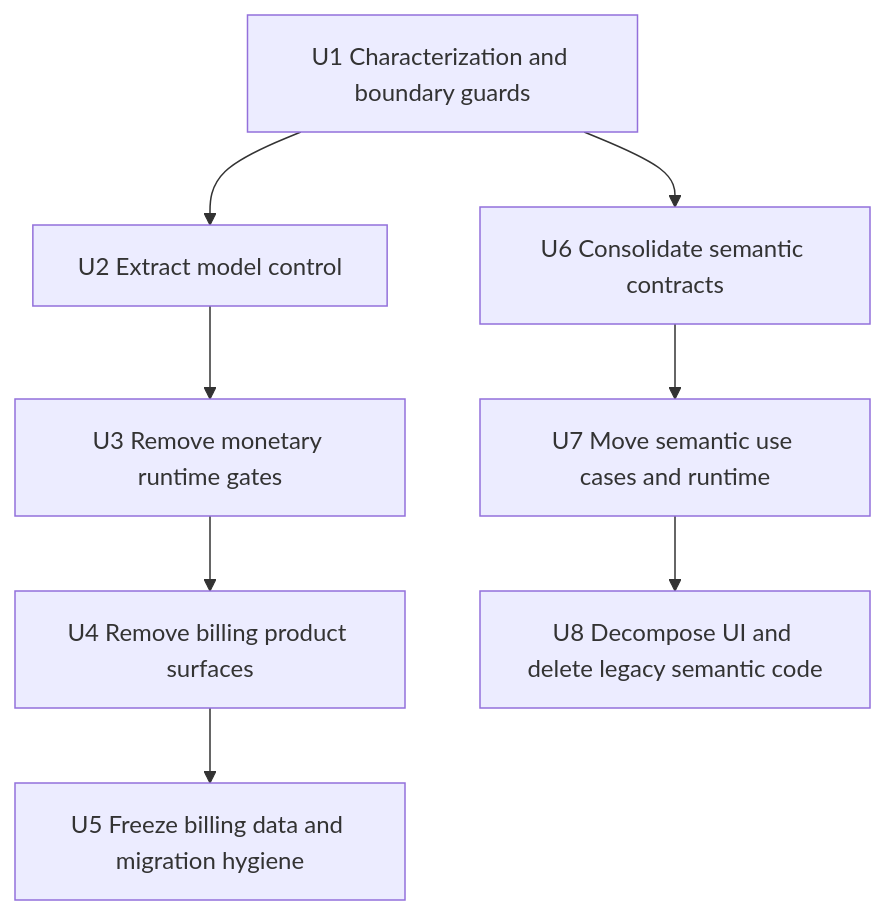
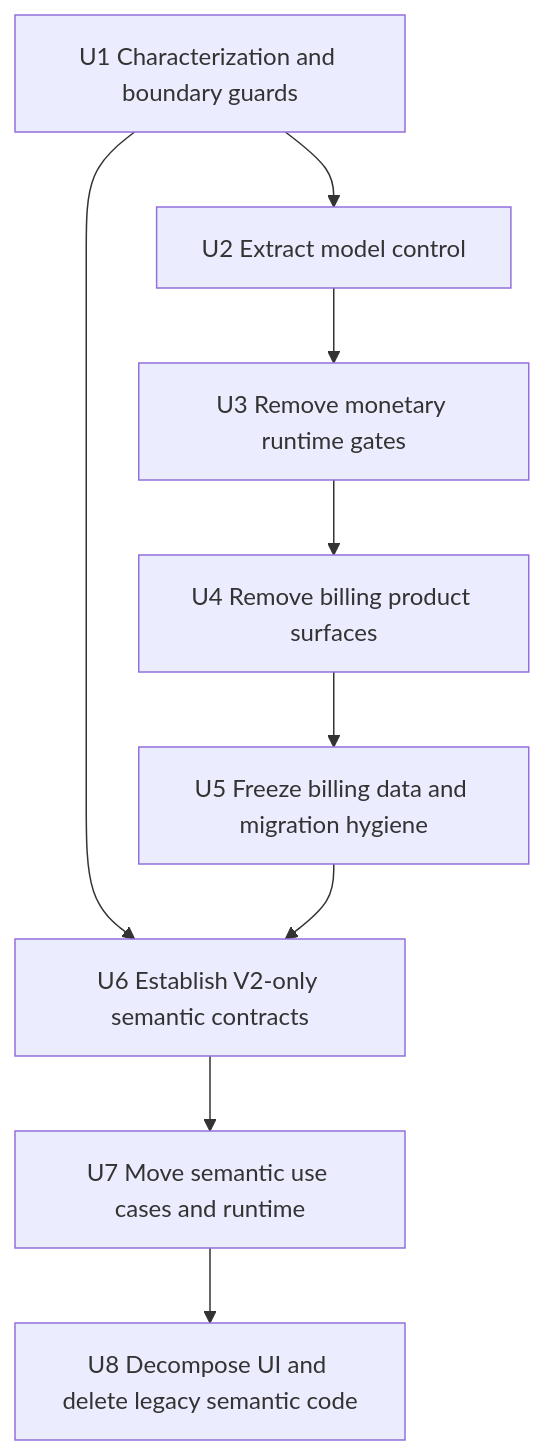
The third of 4 diagrams in docs/plans/2026-08-22-004-refactor-semantic-architecture-billing-retirement-plan.md (LienJack/data-agent), drawn with Mermaid before and after one commit. The commit also changed other lines of this file, not shown here.

Commit message:
docs(plan): make semantic refactor V2-only

````diff
--- a/docs/plans/2026-08-22-004-refactor-semantic-architecture-billing-retirement-plan.md
+++ b/docs/plans/2026-08-22-004-refactor-semantic-architecture-billing-retirement-plan.md
@@ -197,10 +215,11 @@
 ```mermaid
 flowchart TB
   U1[U1 Characterization and boundary guards] --> U2[U2 Extract model control]
-  U1 --> U6[U6 Consolidate semantic contracts]
+  U1 --> U6[U6 Establish V2-only semantic contracts]
   U2 --> U3[U3 Remove monetary runtime gates]
   U3 --> U4[U4 Remove billing product surfaces]
   U4 --> U5[U5 Freeze billing data and migration hygiene]
+  U5 --> U6
   U6 --> U7[U7 Move semantic use cases and runtime]
   U7 --> U8[U8 Decompose UI and delete legacy semantic code]
 ```
````
